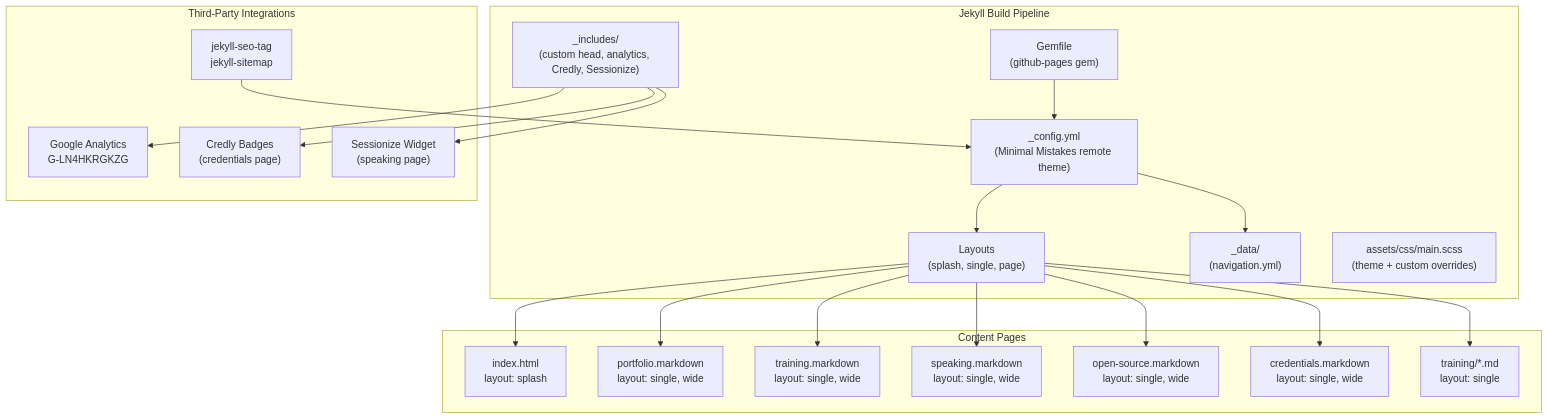
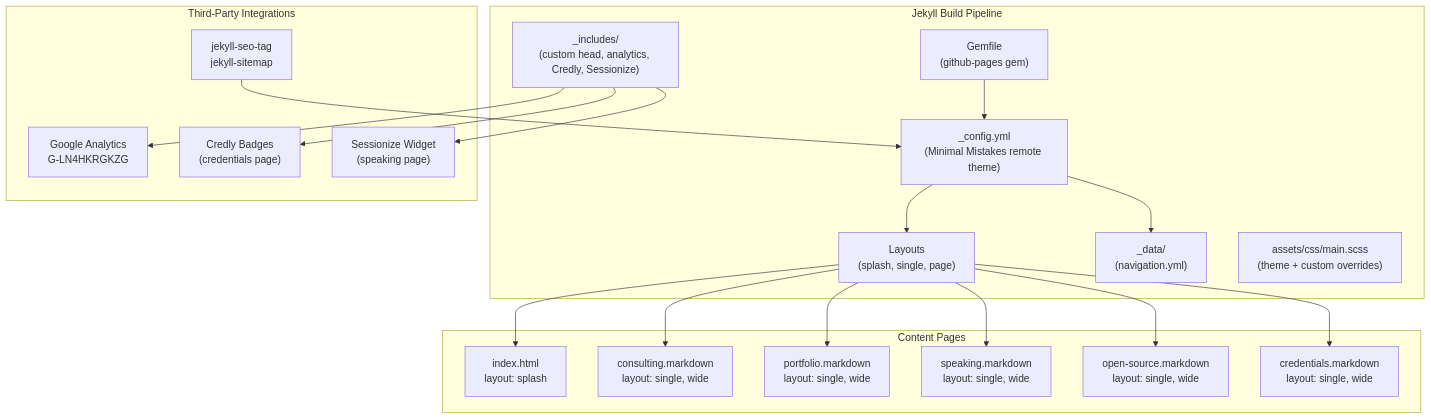
Before and after one commit to elenavanengelenmaslova/elenavanengelenmaslova.github.io: the diagram in .kiro/specs/website-redesign/design.md, drawn with Mermaid. The commit also changed other lines of this file and 20 other files, not shown here.

````diff
--- a/.kiro/specs/website-redesign/design.md
+++ b/.kiro/specs/website-redesign/design.md
@@ -23,43 +27,41 @@
 ```mermaid
 graph TD
     subgraph "Jekyll Build Pipeline"
         CONFIG["_config.yml<br/>(Minimal Mistakes remote theme)"]
         GEMFILE["Gemfile<br/>(github-pages gem)"]
         LAYOUTS["Layouts<br/>(splash, single, page)"]
         INCLUDES["_includes/<br/>(custom head, analytics, Credly, Sessionize)"]
         DATA["_data/<br/>(navigation.yml)"]
         SASS["assets/css/main.scss<br/>(theme + custom overrides)"]
     end
 
     subgraph "Content Pages"
         HOME["index.html<br/>layout: splash"]
+        CONSULTING["consulting.markdown<br/>layout: single, wide"]
         PORTFOLIO["portfolio.markdown<br/>layout: single, wide"]
-        TRAINING["training.markdown<br/>layout: single, wide"]
         SPEAKING["speaking.markdown<br/>layout: single, wide"]
         OPENSOURCE["open-source.markdown<br/>layout: single, wide"]
         CREDENTIALS["credentials.markdown<br/>layout: single, wide"]
-        TRAINING_DETAIL["training/*.md<br/>layout: single"]
     end
 
     subgraph "Third-Party Integrations"
         GA["Google Analytics<br/>G-LN4HKRGKZG"]
         CREDLY["Credly Badges<br/>(credentials page)"]
         SESSIONIZE["Sessionize Widget<br/>(speaking page)"]
         SEO["jekyll-seo-tag<br/>jekyll-sitemap"]
     end
 
     CONFIG --> LAYOUTS
     CONFIG --> DATA
     GEMFILE --> CONFIG
     LAYOUTS --> HOME
+    LAYOUTS --> CONSULTING
     LAYOUTS --> PORTFOLIO
-    LAYOUTS --> TRAINING
     LAYOUTS --> SPEAKING
     LAYOUTS --> OPENSOURCE
     LAYOUTS --> CREDENTIALS
-    LAYOUTS --> TRAINING_DETAIL
     INCLUDES --> GA
     INCLUDES --> CREDLY
     INCLUDES --> SESSIONIZE
     SEO --> CONFIG
 ```
````
